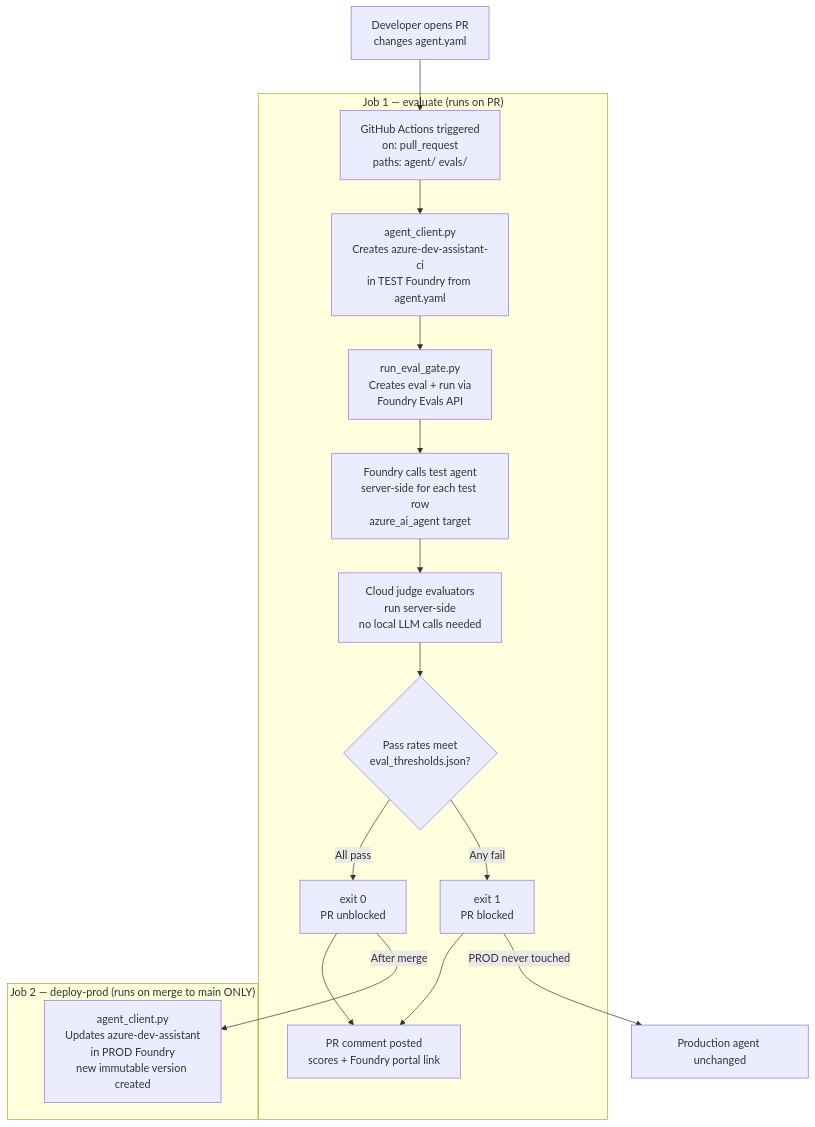
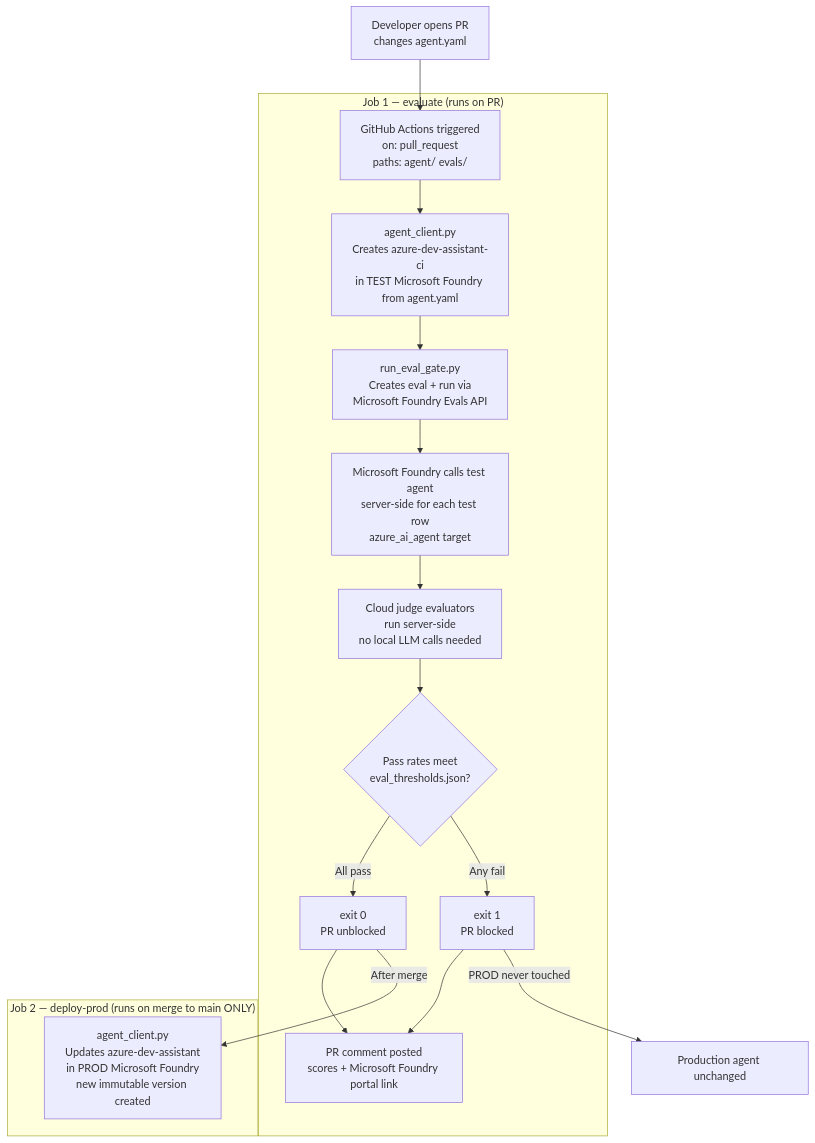
The first of 5 diagrams in architecture.md (nicksangeorge/foundry-agent-eval-cicd), drawn with Mermaid before and after one commit. The commit also changed other lines of this file and 8 other files, not shown here.

Commit message:
Rename all bare "Foundry" and "Azure AI Foundry" references to "Microsoft Foundry" across docs, comments, and test data

````diff
--- a/architecture.md
+++ b/architecture.md
@@ -11,22 +11,22 @@
 ```mermaid
 flowchart TD
     PR["Developer opens PR<br/>changes agent.yaml"] --> GA["GitHub Actions triggered<br/>on: pull_request<br/>paths: agent/ evals/"]
 
     subgraph eval["Job 1 — evaluate  (runs on PR)"]
-        GA --> AC["agent_client.py<br/>Creates azure-dev-assistant-ci<br/>in TEST Foundry from agent.yaml"]
-        AC --> EV["run_eval_gate.py<br/>Creates eval + run via<br/>Foundry Evals API"]
-        EV --> CS["Foundry calls test agent<br/>server-side for each test row<br/>azure_ai_agent target"]
+        GA --> AC["agent_client.py<br/>Creates azure-dev-assistant-ci<br/>in TEST Microsoft Foundry from agent.yaml"]
+        AC --> EV["run_eval_gate.py<br/>Creates eval + run via<br/>Microsoft Foundry Evals API"]
+        EV --> CS["Microsoft Foundry calls test agent<br/>server-side for each test row<br/>azure_ai_agent target"]
         CS --> JD["Cloud judge evaluators<br/>run server-side<br/>no local LLM calls needed"]
         JD --> TR{"Pass rates meet<br/>eval_thresholds.json?"}
         TR -->|All pass| OK["exit 0<br/>PR unblocked"]
         TR -->|Any fail| BL["exit 1<br/>PR blocked"]
-        OK --> CM["PR comment posted<br/>scores + Foundry portal link"]
+        OK --> CM["PR comment posted<br/>scores + Microsoft Foundry portal link"]
         BL --> CM
     end
 
     subgraph deploy["Job 2 — deploy-prod  (runs on merge to main ONLY)"]
-        OK -->|After merge| DP["agent_client.py<br/>Updates azure-dev-assistant<br/>in PROD Foundry<br/>new immutable version created"]
+        OK -->|After merge| DP["agent_client.py<br/>Updates azure-dev-assistant<br/>in PROD Microsoft Foundry<br/>new immutable version created"]
     end
 
     BL -->|PROD never touched| X[Production agent unchanged]
 ```
````
